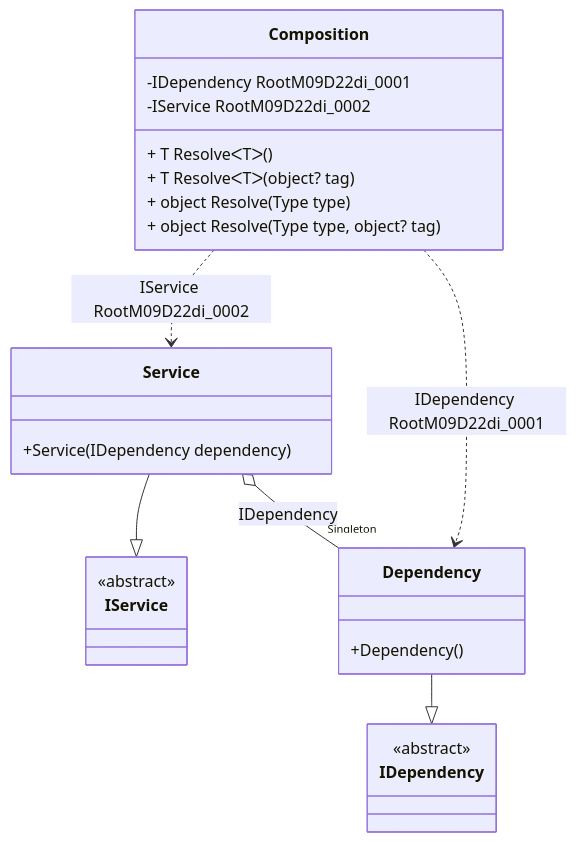
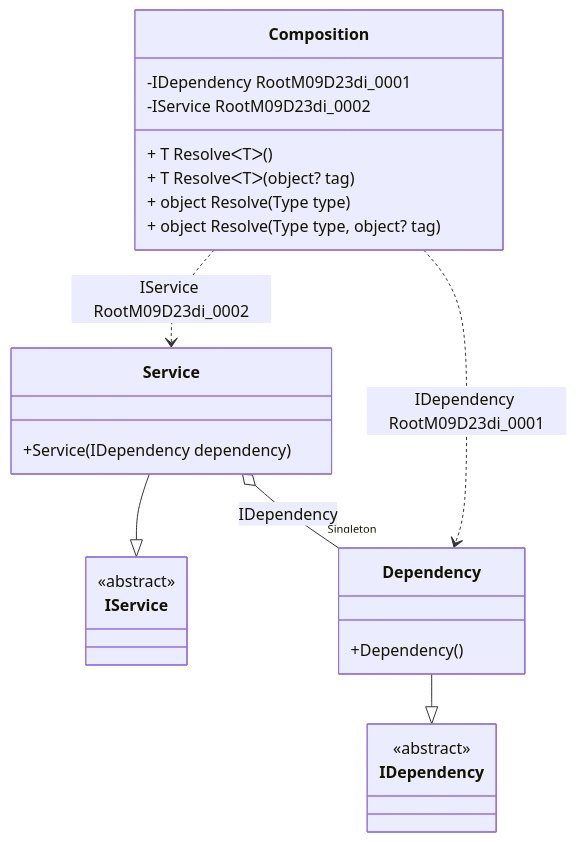
One commit to DevTeam/Pure.DI changed the diagram in readme/service-collection.md. Above: the diagram before and after it, drawn with Mermaid. The commit also changed other lines of this file and 71 other files, not shown here.

Commit message:
Optimization of flow-safety of object creation within the composition of objects

````diff
--- a/readme/service-collection.md
+++ b/readme/service-collection.md
@@ -75,28 +75,28 @@
 ```mermaid
 classDiagram
   class Composition {
-    -IDependency RootM09D22di_0001
-    -IService RootM09D22di_0002
+    -IDependency RootM09D23di_0001
+    -IService RootM09D23di_0002
     + T ResolveᐸTᐳ()
     + T ResolveᐸTᐳ(object? tag)
     + object Resolve(Type type)
     + object Resolve(Type type, object? tag)
   }
   Service --|> IService : 
   class Service {
     +Service(IDependency dependency)
   }
   Dependency --|> IDependency : 
   class Dependency {
     +Dependency()
   }
   class IService {
     <<abstract>>
   }
   class IDependency {
     <<abstract>>
   }
   Service o--  "Singleton" Dependency : IDependency
-  Composition ..> Dependency : IDependency RootM09D22di_0001
-  Composition ..> Service : IService RootM09D22di_0002
+  Composition ..> Dependency : IDependency RootM09D23di_0001
+  Composition ..> Service : IService RootM09D23di_0002
 ```
````
